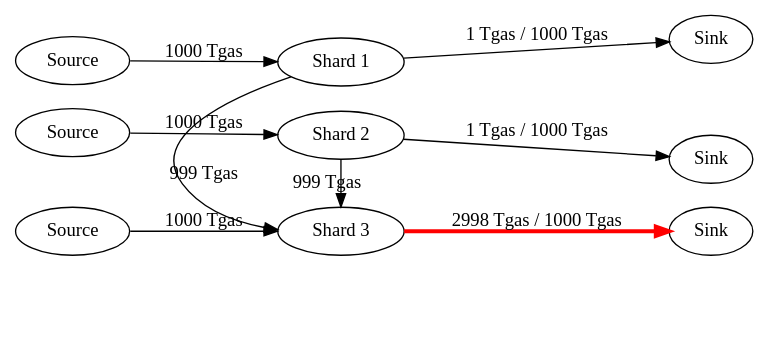
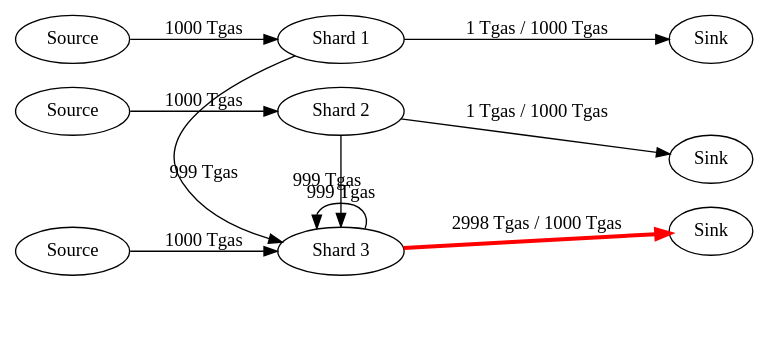
One commit to near/nearcore changed the diagram in docs/images/congestion/receipt_flow_example_1.dot. Above: the diagram before and after it, drawn with Graphviz. The commit also changed 6 other files, not shown here.

```diff
--- a/docs/images/congestion/receipt_flow_example_1.dot
+++ b/docs/images/congestion/receipt_flow_example_1.dot
@@ -1,71 +1,72 @@
 digraph G {
     rankdir=LR;
 
     // Invisible nodes for alignment
     {
         node [shape=point, width=0, height=0, label=""];
         invisible_sink1;
         invisible_sink2;
         invisible_sink3;
     }
 
     // Nodes
     subgraph cluster_shard1 {
         label = "Shard 1";
         style=filled;
         color=lightgrey;
         node [shape=ellipse];
 
         Source1 [label="Source"];
         Shard1 [label="Shard 1"];
         Sink1 [label="Sink"];
 
         Sink1 -> invisible_sink1 [style=invis];
     }
 
     subgraph cluster_shard2 {
         label = "Shard 2";
         style=filled;
         color=lightgrey;
         node [shape=ellipse];
 
         Source2 [label="Source"];
         Shard2 [label="Shard 2"];
         Sink2 [label="Sink"];
 
         invisible_sink1 -> invisible_sink2 [style=invis];
         Sink2 -> invisible_sink2 [style=invis];
     }
 
     subgraph cluster_shard3 {
         label = "Shard 3";
         style=filled;
         color=lightgrey;
         node [shape=ellipse];
 
         Source3 [label="Source"];
         Shard3 [label="Shard 3"];
         Sink3 [label="Sink"];
 
         invisible_sink2 -> invisible_sink3 [style=invis];
         Sink3 -> invisible_sink3 [style=invis];
     }
 
     // Edges
     Source1 -> Shard1 [label="1000 Tgas"];
     Shard1 -> Sink1 [label="1 Tgas / 1000 Tgas"];
 
     Source2 -> Shard2 [label="1000 Tgas"];
     Shard2 -> Sink2 [label="1 Tgas / 1000 Tgas"];
 
     Source3 -> Shard3 [label="1000 Tgas"];
     Shard3 -> Sink3 [label="2998 Tgas / 1000 Tgas" color="red" penwidth=3];
 
     Shard1 -> Shard3 [label="999 Tgas"];
     Shard2 -> Shard3 [label="999 Tgas"];
+    Shard3 -> Shard3 [label="999 Tgas", dir="back"];
 
     // Aligning subgraphs
     {rank=same; Source1; Source2; Source3;}
     {rank=same; Shard1; Shard2; Shard3;}
     {rank=same; Sink1; Sink2; Sink3; invisible_sink1; invisible_sink2; invisible_sink3;}
 }
```
